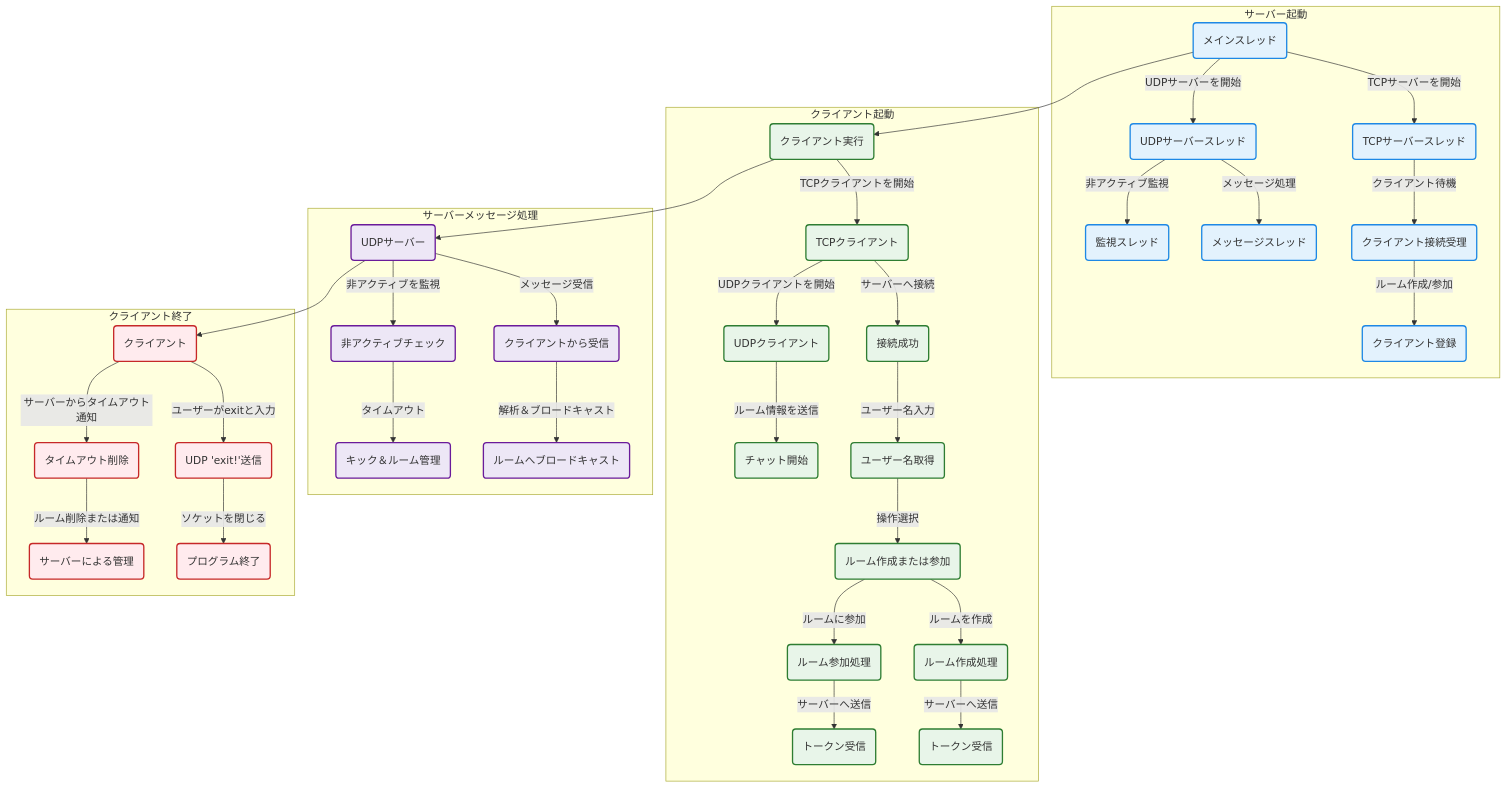
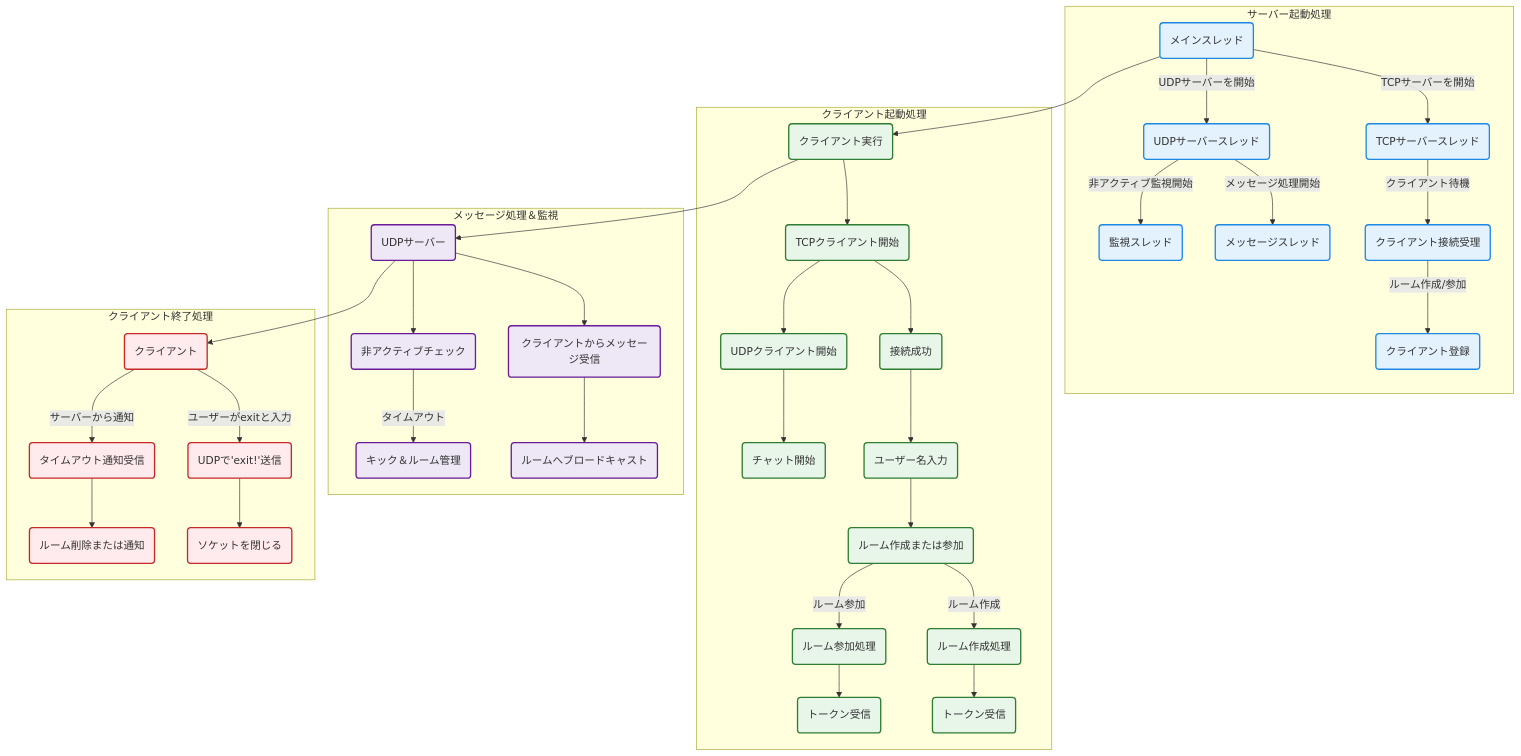
One commit to BackendExplorer/Tenshin changed the diagram in README.md. Above: the diagram before and after it, drawn with Mermaid.

````diff
--- a/README.md
+++ b/README.md
@@ -1,12 +1,14 @@
 ```mermaid
 graph TD
 
+%% スタイル定義
 classDef server fill:#e3f2fd,stroke:#1e88e5,stroke-width:2px
 classDef client fill:#e8f5e9,stroke:#2e7d32,stroke-width:2px
 classDef messaging fill:#ede7f6,stroke:#6a1b9a,stroke-width:2px
 classDef warning fill:#ffebee,stroke:#c62828,stroke-width:2px
 
-subgraph サーバー起動
+%% サーバー起動
+subgraph サーバー起動[サーバー起動処理]
     A1(メインスレッド)
     A2(TCPサーバースレッド)
     A3(UDPサーバースレッド)
@@ -19,69 +21,67 @@
     A1 -->|UDPサーバーを開始| A3
     A2 -->|クライアント待機| A4
     A4 -->|ルーム作成/参加| A5
-    A3 -->|メッセージ処理| A6
-    A3 -->|非アクティブ監視| A7
+    A3 -->|メッセージ処理開始| A6
+    A3 -->|非アクティブ監視開始| A7
 
     class A1,A2,A3,A4,A5,A6,A7 server
 end
 
-subgraph クライアント起動
+%% クライアント起動
+subgraph クライアント起動[クライアント起動処理]
     B1(クライアント実行)
-    B2(TCPクライアント)
+    B2(TCPクライアント開始)
     B3(接続成功)
-    B4(ユーザー名取得)
+    B4(ユーザー名入力)
     B5(ルーム作成または参加)
     B6(ルーム作成処理)
     B7(トークン受信)
     B8(ルーム参加処理)
     B9(トークン受信)
-    B10(UDPクライアント)
+    B10(UDPクライアント開始)
     B11(チャット開始)
 
-    B1 -->|TCPクライアントを開始| B2
-    B2 -->|サーバーへ接続| B3
-    B3 -->|ユーザー名入力| B4
-    B4 -->|操作選択| B5
-    B5 -->|ルームを作成| B6
-    B6 -->|サーバーへ送信| B7
-    B5 -->|ルームに参加| B8
-    B8 -->|サーバーへ送信| B9
-    B2 -->|UDPクライアントを開始| B10
-    B10 -->|ルーム情報を送信| B11
+    B1 --> B2
+    B2 --> B3
+    B3 --> B4
+    B4 --> B5
+    B5 -->|ルーム作成| B6 --> B7
+    B5 -->|ルーム参加| B8 --> B9
+    B2 --> B10
+    B10 --> B11
 
     class B1,B2,B3,B4,B5,B6,B7,B8,B9,B10,B11 client
 end
 
-subgraph サーバーメッセージ処理
+%% サーバーメッセージ処理
+subgraph サーバーメッセージ処理[メッセージ処理＆監視]
     C1(UDPサーバー)
-    C2(クライアントから受信)
+    C2(クライアントからメッセージ受信)
     C3(ルームへブロードキャスト)
     C4(非アクティブチェック)
     C5(キック＆ルーム管理)
 
-    C1 -->|メッセージ受信| C2
-    C2 -->|解析＆ブロードキャスト| C3
-    C1 -->|非アクティブを監視| C4
-    C4 -->|タイムアウト| C5
+    C1 --> C2 --> C3
+    C1 --> C4 -->|タイムアウト| C5
 
     class C1,C2,C3,C4,C5 messaging
 end
 
-subgraph クライアント終了
+%% クライアント終了
+subgraph クライアント終了[クライアント終了処理]
     D1(クライアント)
-    D2(UDP 'exit!'送信)
-    D3(プログラム終了)
-    D4(タイムアウト削除)
-    D5(サーバーによる管理)
+    D2(UDPで'exit!'送信)
+    D3(ソケットを閉じる)
+    D4(タイムアウト通知受信)
+    D5(ルーム削除または通知)
 
-    D1 -->|ユーザーがexitと入力| D2
-    D2 -->|ソケットを閉じる| D3
-    D1 -->|サーバーからタイムアウト通知| D4
-    D4 -->|ルーム削除または通知| D5
+    D1 -->|ユーザーがexitと入力| D2 --> D3
+    D1 -->|サーバーから通知| D4 --> D5
 
     class D1,D2,D3,D4,D5 warning
 end
 
+%% 流れ接続（全体の連携）
 A1 --> B1
 B1 --> C1
 C1 --> D1
````
